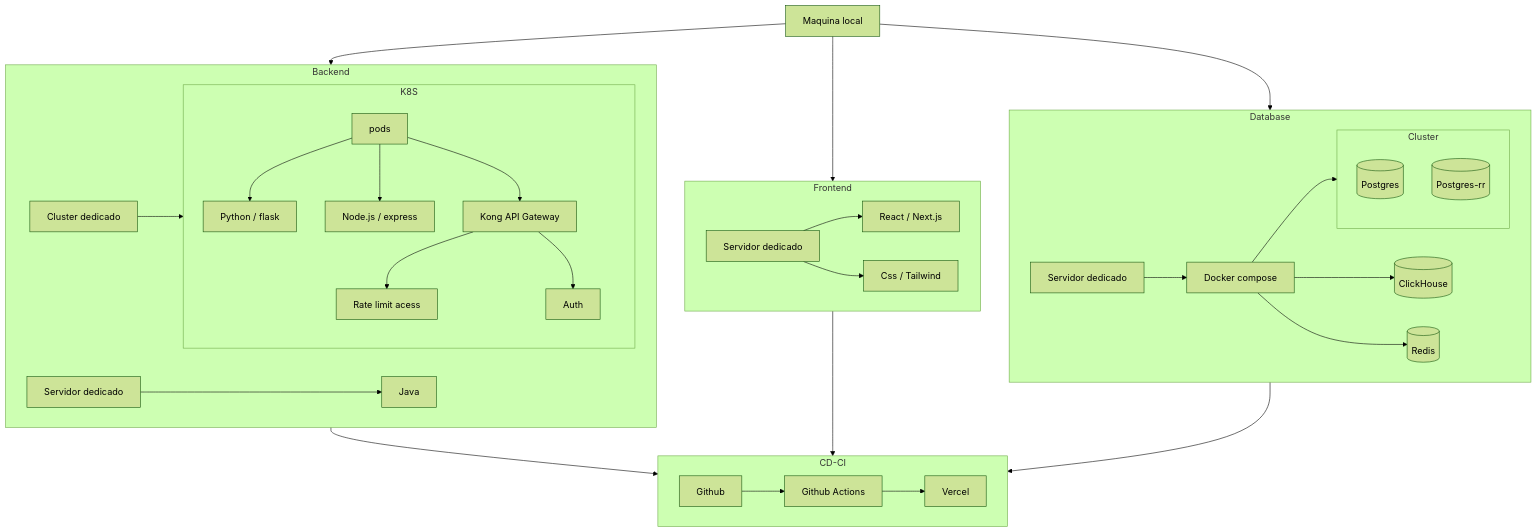
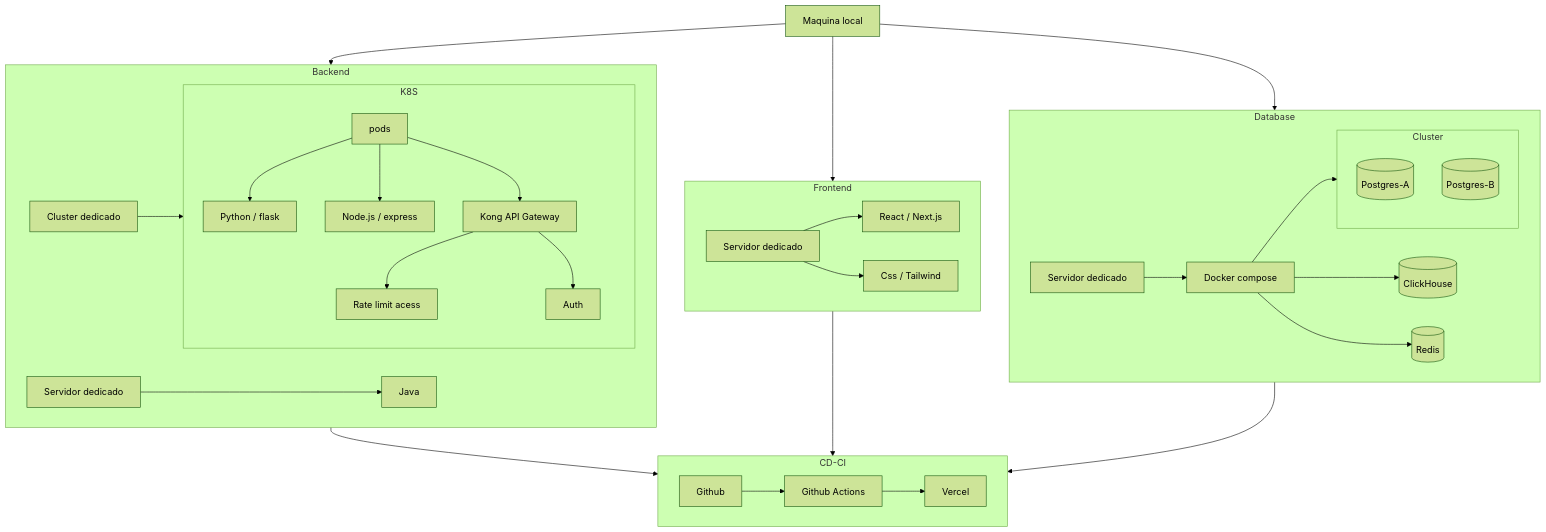
Before and after one commit to pedrovtof/Controle-de-orcamento: the diagram in README.md, drawn with Mermaid (forest theme). The commit also changed 1 other file, not shown here.

Commit message:
update mvp

````diff
--- a/README.md
+++ b/README.md
@@ -27,56 +27,56 @@
 ```mermaid
 flowchart TD
 
  local["Maquina local"]
 
  subgraph Frontend["Frontend"]
         next["React / Next.js"]
         tailWind["Css / Tailwind"]
         vmF["Servidor dedicado"] --> next
         vmF --> tailWind
   end
  subgraph Cicd["CD-CI"]
         git["Github"]
         gitA["Github Actions"]
         vercel["Vercel"]
         git --> gitA
         gitA --> vercel
   end
  subgraph K8S["K8S"]
         pods
         pods --> py["Python / flask"]
         pods --> node["Node.js / express"]
         pods --> kong["Kong API Gateway"]
         kong --> rateLimit["Rate limit acess"]
         kong --> auth["Auth"]
   end
  subgraph Backend["Backend"]
         vmB["Servidor dedicado"] --> java["Java"]
         cluster["Cluster dedicado"] --> K8S
   end
 
  subgraph Database["Database"]
     subgraph Cluster["Cluster"]
-        dbCore[("Postgres")]
-        dbCoreRR[("Postgres-rr")]
+        dbCore[("Postgres-A")]
+        dbCoreRR[("Postgres-B")]
     end
 
   dbData[(ClickHouse)]
   dbMemory[(Redis)]
 
   docker["Docker compose"] --> Cluster
   docker --> dbData
   docker --> dbMemory
 
   vmC["Servidor dedicado"] --> docker
   
  end
 
 local --> Backend
 local --> Frontend
 local --> Database
 
 Backend --> Cicd
 Frontend --> Cicd
 Database --> Cicd
 ```
````
